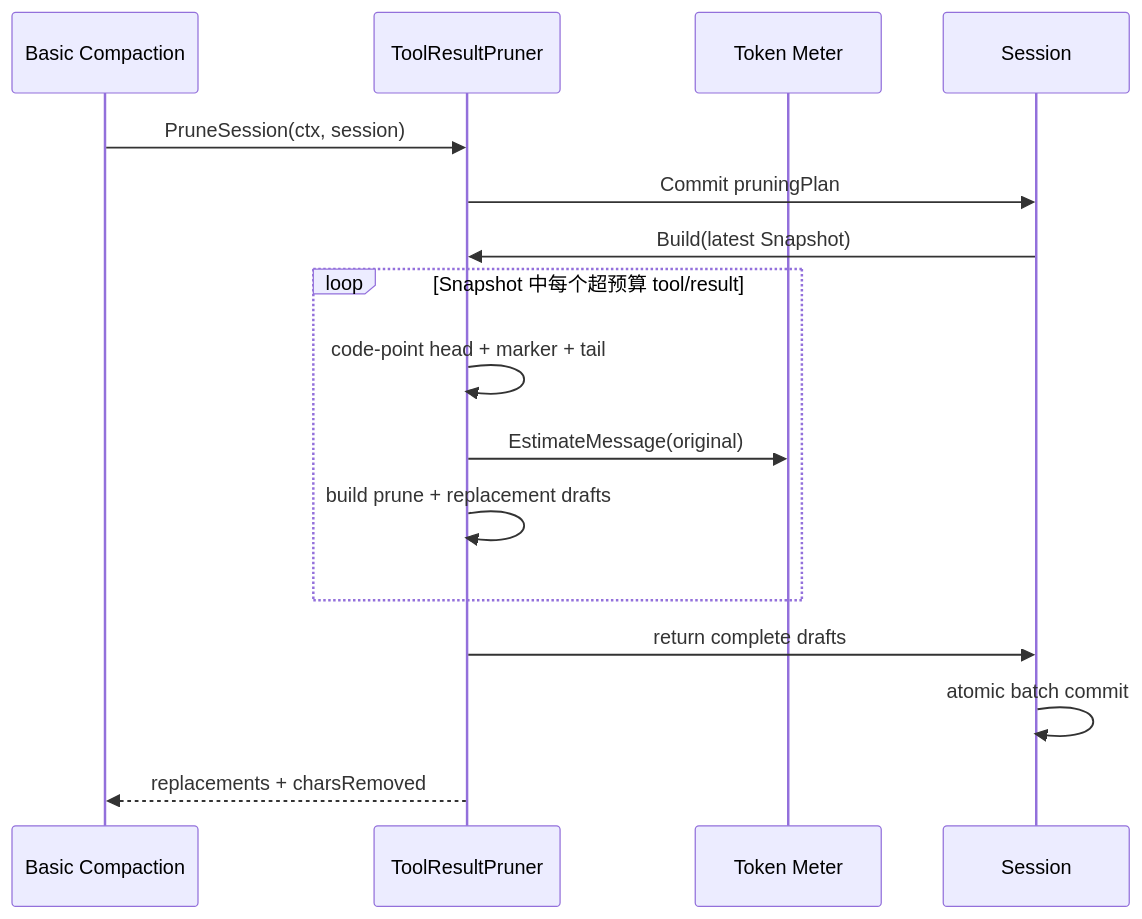
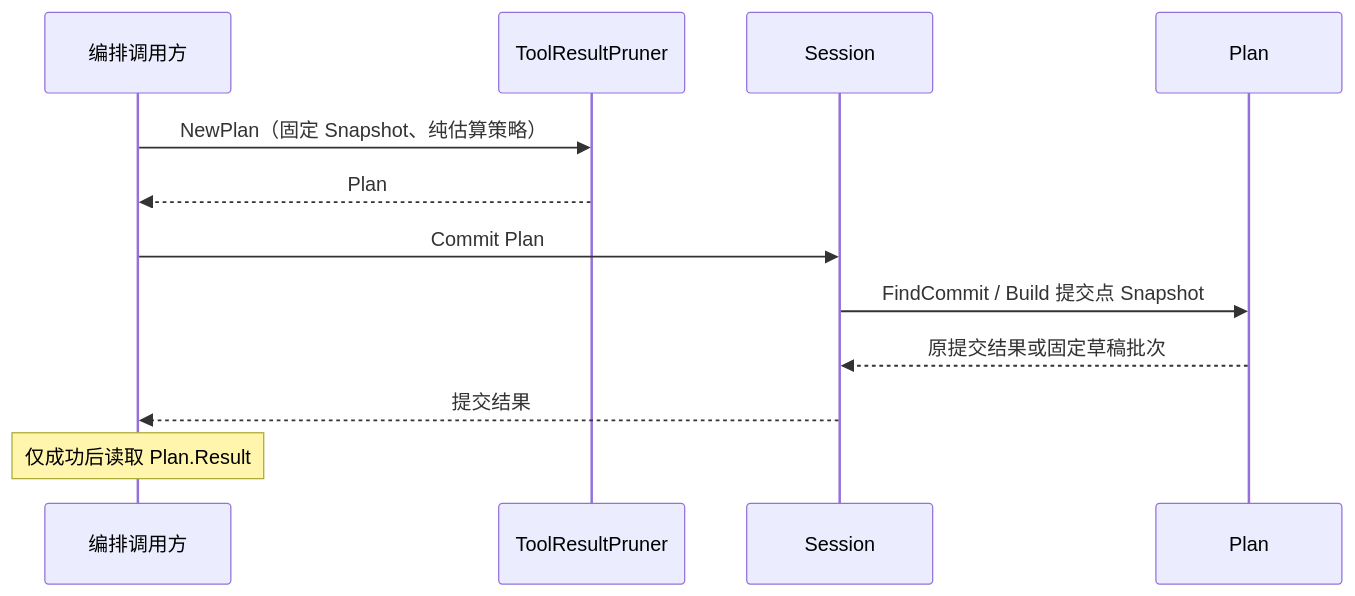
Before and after one commit to gorenx/goren: the diagram in compaction/toolresultpruner/README.zh-CN.md, drawn with Mermaid. The commit also changed other lines of this file and 6 other files, not shown here.

Commit message:
docs(actor): record compaction flows and cancellation boundaries

````diff
--- a/compaction/toolresultpruner/README.zh-CN.md
+++ b/compaction/toolresultpruner/README.zh-CN.md
@@ -24,19 +11,14 @@
 ```mermaid
 sequenceDiagram
-    participant B as Basic Compaction
-    participant P as ToolResultPruner
-    participant M as Token Meter
-    participant S as Session
-
-    B->>P: PruneSession(ctx, session)
-    P->>S: Commit pruningPlan
-    S->>P: Build(latest Snapshot)
-    loop Snapshot 中每个超预算 tool/result
-        P->>P: code-point head + marker + tail
-        P->>M: EstimateMessage(original)
-        P->>P: build prune + replacement drafts
-    end
-    P->>S: return complete drafts
-    S->>S: atomic batch commit
-    P-->>B: replacements + charsRemoved
+ participant C as 编排调用方
+ participant P as ToolResultPruner
+ participant S as Session
+ participant W as Plan
+ C->>P: NewPlan（固定 Snapshot、纯估算策略）
+ P-->>C: Plan
+ C->>S: Commit Plan
+ S->>W: FindCommit / Build 提交点 Snapshot
+ W-->>S: 原提交结果或固定草稿批次
+ S-->>C: 提交结果
+ Note over C: 仅成功后读取 Plan.Result
 ```
````
